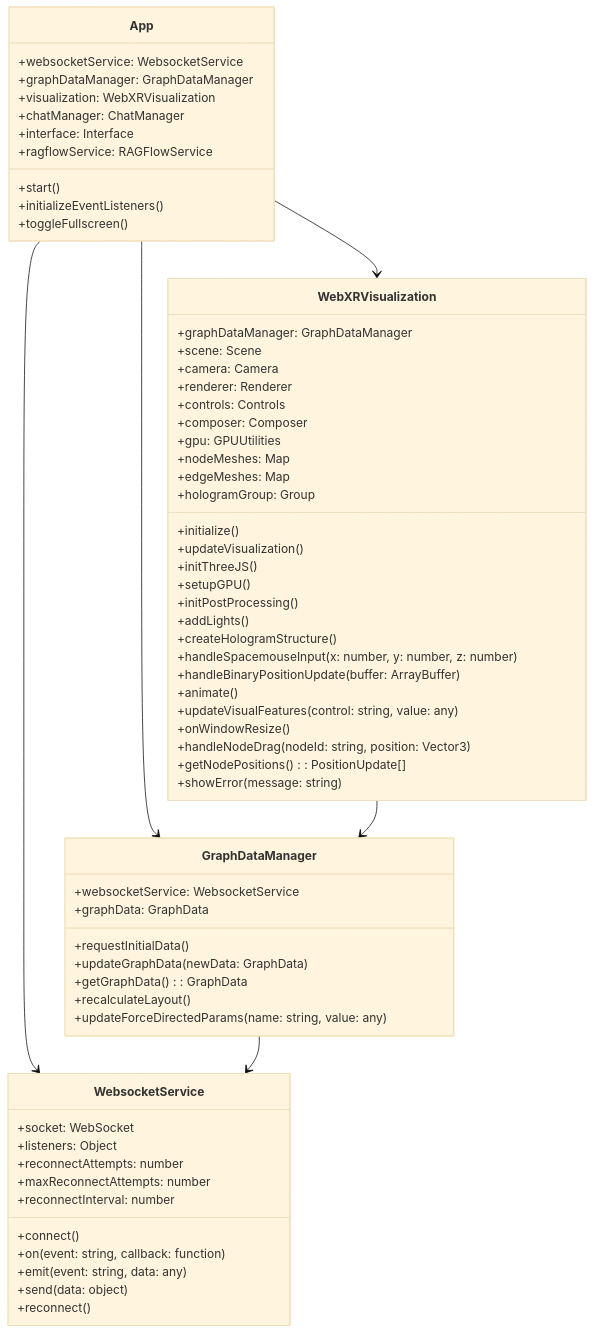
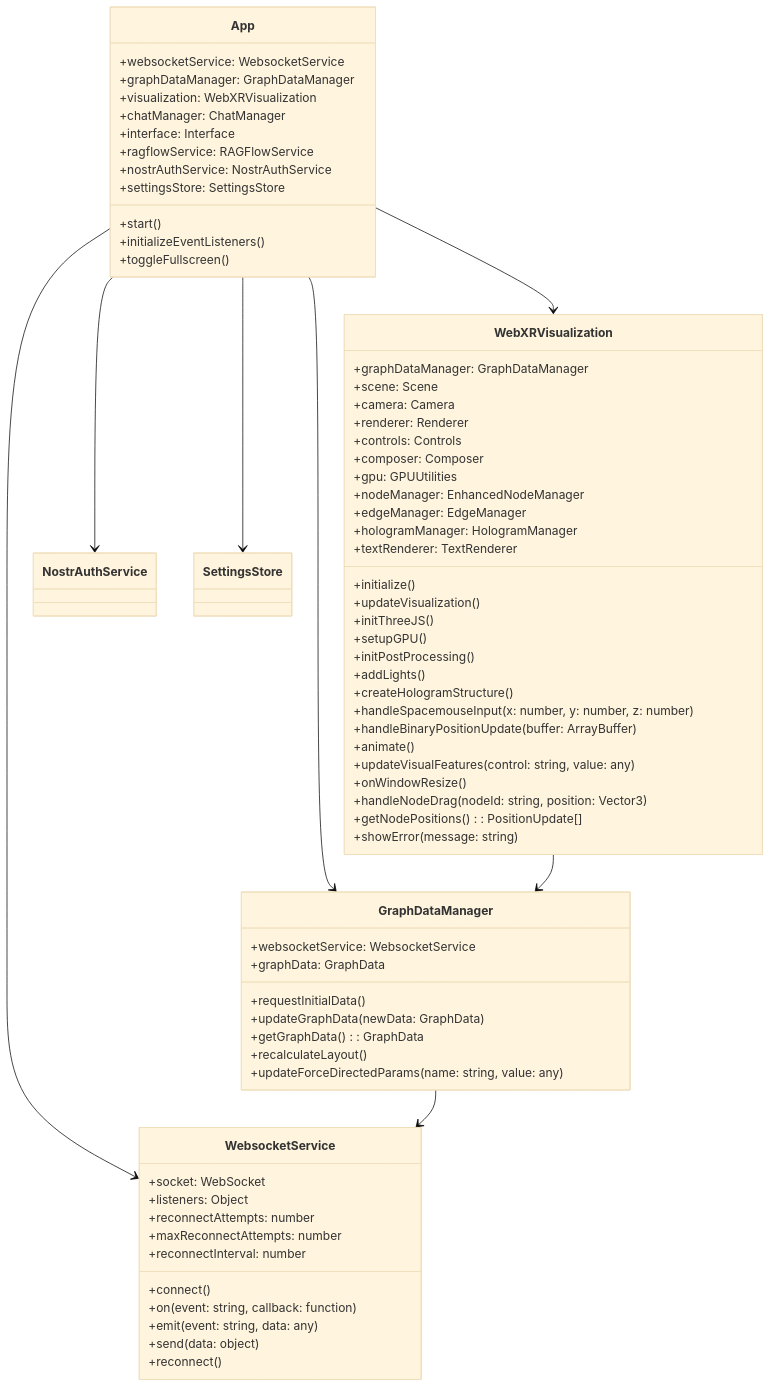
The first of 4 diagrams in docs/technical/class-diagrams.md (DreamLab-AI/VisionFlow), drawn with Mermaid (base theme) before and after one commit. The commit also changed other lines of this file and 5 other files, not shown here.

````diff
--- a/docs/technical/class-diagrams.md
+++ b/docs/technical/class-diagrams.md
@@ -7,68 +7,73 @@
 ```mermaid
 classDiagram
     class App {
         +websocketService: WebsocketService
         +graphDataManager: GraphDataManager
         +visualization: WebXRVisualization
         +chatManager: ChatManager
         +interface: Interface
         +ragflowService: RAGFlowService
+        +nostrAuthService: NostrAuthService
+        +settingsStore: SettingsStore
         +start()
         +initializeEventListeners()
         +toggleFullscreen()
     }
     class WebsocketService {
         +socket: WebSocket
         +listeners: Object
         +reconnectAttempts: number
         +maxReconnectAttempts: number
         +reconnectInterval: number
         +connect()
         +on(event: string, callback: function)
         +emit(event: string, data: any)
         +send(data: object)
         +reconnect()
     }
     class GraphDataManager {
         +websocketService: WebsocketService
         +graphData: GraphData
         +requestInitialData()
         +updateGraphData(newData: GraphData)
         +getGraphData(): GraphData
         +recalculateLayout()
         +updateForceDirectedParams(name: string, value: any)
     }
     class WebXRVisualization {
         +graphDataManager: GraphDataManager
         +scene: Scene
         +camera: Camera
         +renderer: Renderer
         +controls: Controls
         +composer: Composer
         +gpu: GPUUtilities
-        +nodeMeshes: Map<string, Mesh>
-        +edgeMeshes: Map<string, Line>
-        +hologramGroup: Group
+        +nodeManager: EnhancedNodeManager
+        +edgeManager: EdgeManager
+        +hologramManager: HologramManager
+        +textRenderer: TextRenderer
         +initialize()
         +updateVisualization()
         +initThreeJS()
         +setupGPU()
         +initPostProcessing()
         +addLights()
         +createHologramStructure()
         +handleSpacemouseInput(x: number, y: number, z: number)
         +handleBinaryPositionUpdate(buffer: ArrayBuffer)
         +animate()
         +updateVisualFeatures(control: string, value: any)
         +onWindowResize()
         +handleNodeDrag(nodeId: string, position: Vector3)
         +getNodePositions(): PositionUpdate[]
         +showError(message: string)
     }
 
     App --> WebsocketService
     App --> GraphDataManager
     App --> WebXRVisualization
+    App --> NostrAuthService
+    App --> SettingsStore
     GraphDataManager --> WebsocketService
     WebXRVisualization --> GraphDataManager
 ```
````
